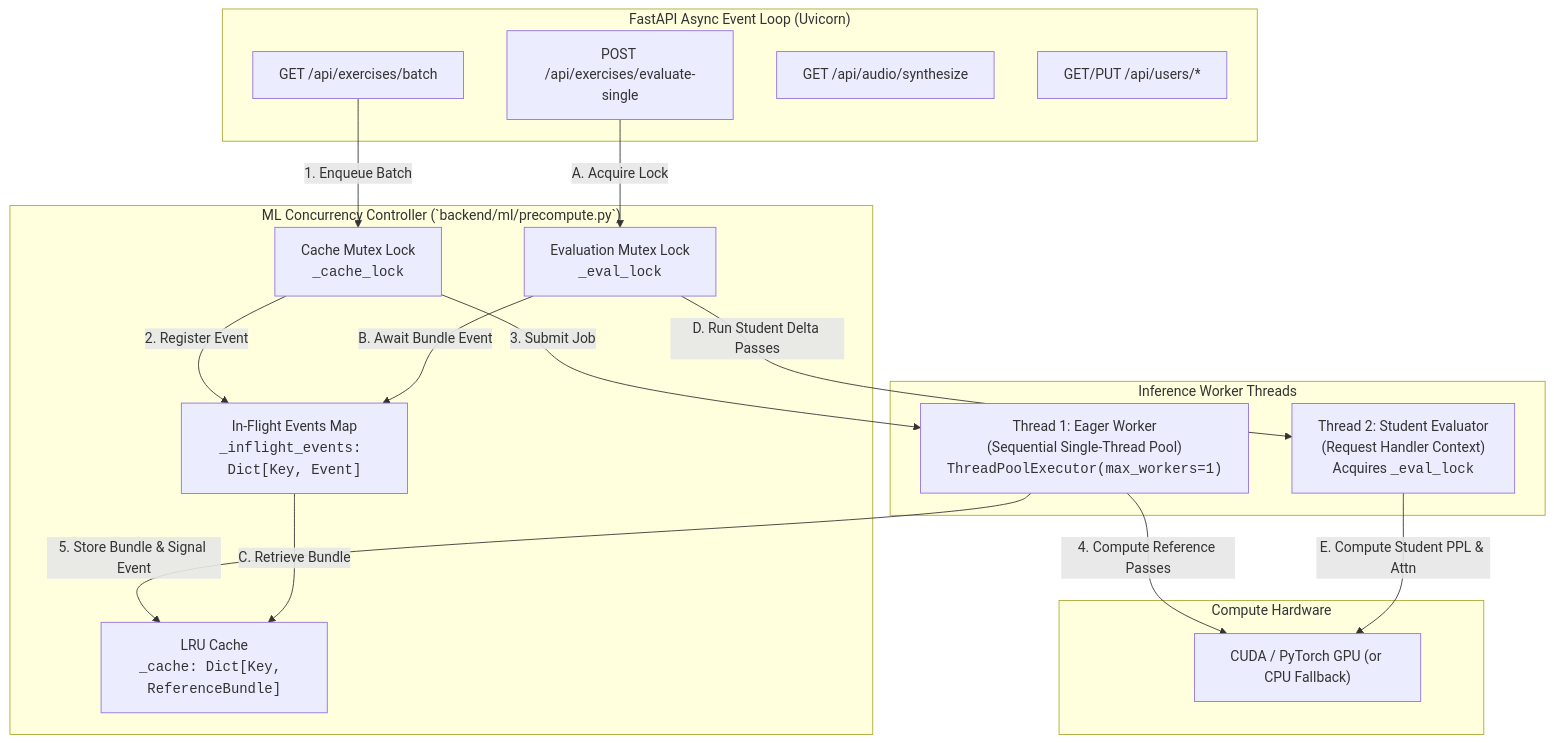
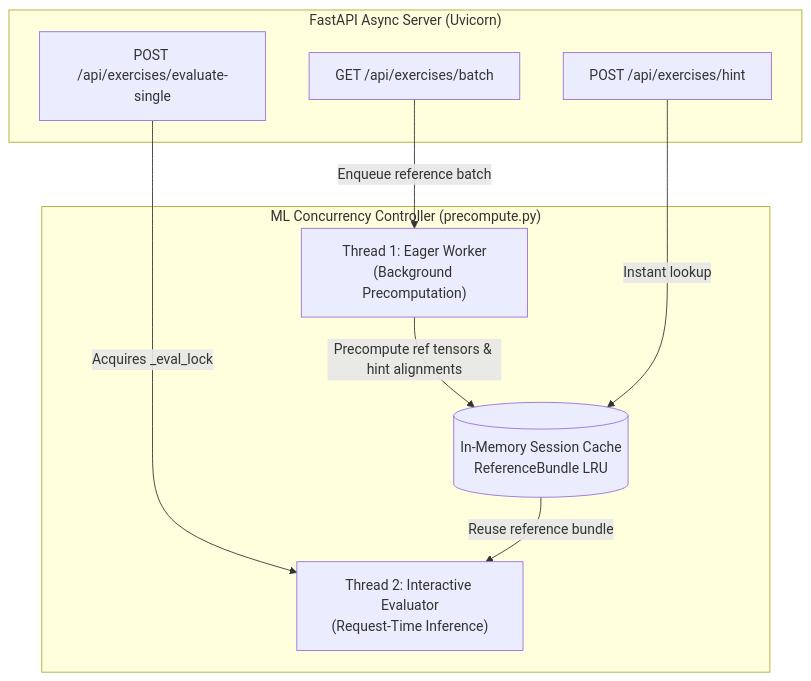
One commit to eyengabompongo8/deep-tutor changed the second of 2 diagrams in docs/01_architecture_overview.md. Above: the diagram before and after it, drawn with Mermaid. The commit also changed other lines of this file and 7 other files, not shown here.

````diff
--- a/docs/01_architecture_overview.md
+++ b/docs/01_architecture_overview.md
@@ -251,37 +69,20 @@
 ```mermaid
 flowchart TD
-    subgraph AsyncLoop ["FastAPI Async Event Loop (Uvicorn)"]
+    subgraph AsyncLoop ["FastAPI Async Server (Uvicorn)"]
         ReqBatch["GET /api/exercises/batch"]
+        ReqHint["POST /api/exercises/hint"]
         ReqEval["POST /api/exercises/evaluate-single"]
-        ReqAudio["GET /api/audio/synthesize"]
-        ReqUsers["GET/PUT /api/users/*"]
     end
 
-    subgraph ThreadCoordination ["ML Concurrency Controller (`backend/ml/precompute.py`)"]
-        CacheLock["Cache Mutex Lock<br/><code>_cache_lock</code>"]
-        InFlightMap["In-Flight Events Map<br/><code>_inflight_events: Dict[Key, Event]</code>"]
-        BundleCache["LRU Cache<br/><code>_cache: Dict[Key, ReferenceBundle]</code>"]
-        EvalLock["Evaluation Mutex Lock<br/><code>_eval_lock</code>"]
+    subgraph DualThreads ["ML Concurrency Controller (precompute.py)"]
+        T1["Thread 1: Eager Worker<br/>(Background Precomputation)"]
+        T2["Thread 2: Interactive Evaluator<br/>(Request-Time Inference)"]
+        BundleCache[("In-Memory Session Cache<br/>ReferenceBundle LRU")]
     end
 
-    subgraph Workers ["Inference Worker Threads"]
-        Worker1["Thread 1: Eager Worker<br/>(Sequential Single-Thread Pool)<br/><code>ThreadPoolExecutor(max_workers=1)</code>"]
-        Worker2["Thread 2: Student Evaluator<br/>(Request Handler Context)<br/>Acquires <code>_eval_lock</code>"]
-    end
-
-    subgraph Hardware ["Compute Hardware"]
-        GPU["CUDA / PyTorch GPU (or CPU Fallback)"]
-    end
-
-    ReqBatch -->|1. Enqueue Batch| CacheLock
-    CacheLock -->|2. Register Event| InFlightMap
-    CacheLock -->|3. Submit Job| Worker1
-    Worker1 -->|4. Compute Reference Passes| GPU
-    Worker1 -->|5. Store Bundle & Signal Event| BundleCache
-
-    ReqEval -->|A. Acquire Lock| EvalLock
-    EvalLock -->|B. Await Bundle Event| InFlightMap
-    InFlightMap -->|C. Retrieve Bundle| BundleCache
-    EvalLock -->|D. Run Student Delta Passes| Worker2
-    Worker2 -->|E. Compute Student PPL & Attn| GPU
+    ReqBatch -->|Enqueue reference batch| T1
+    T1 -->|Precompute ref tensors & hint alignments| BundleCache
+    ReqHint -->|Instant lookup| BundleCache
+    ReqEval -->|Acquires _eval_lock| T2
+    BundleCache -->|Reuse reference bundle| T2
 ```
````
